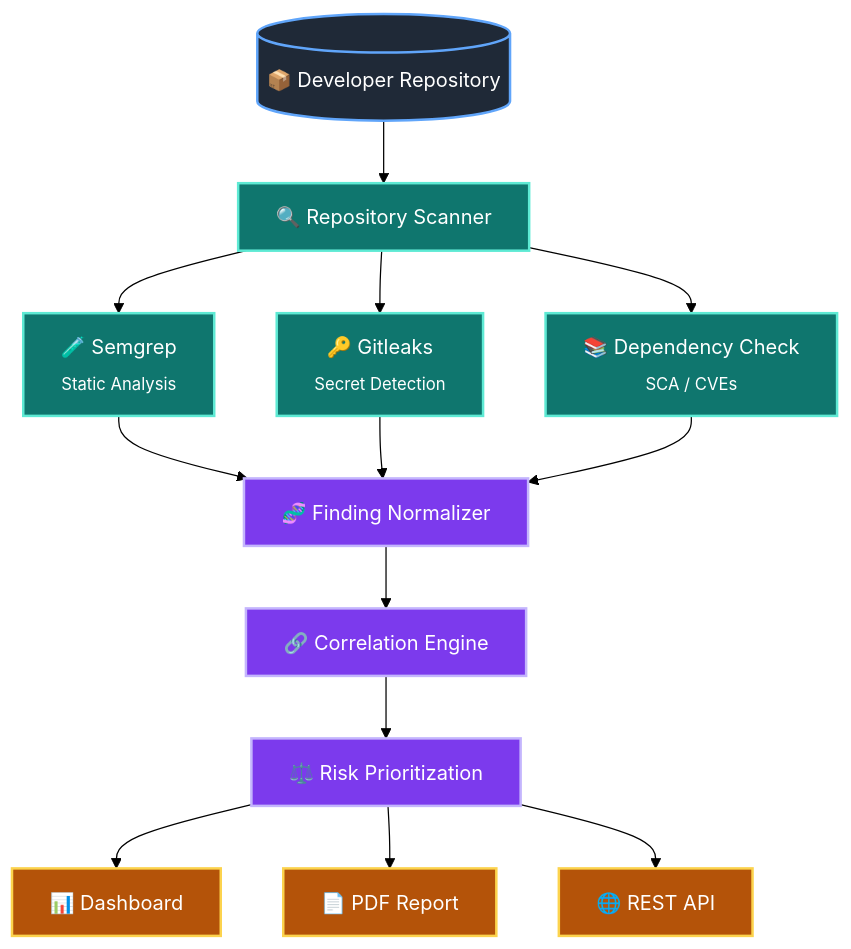
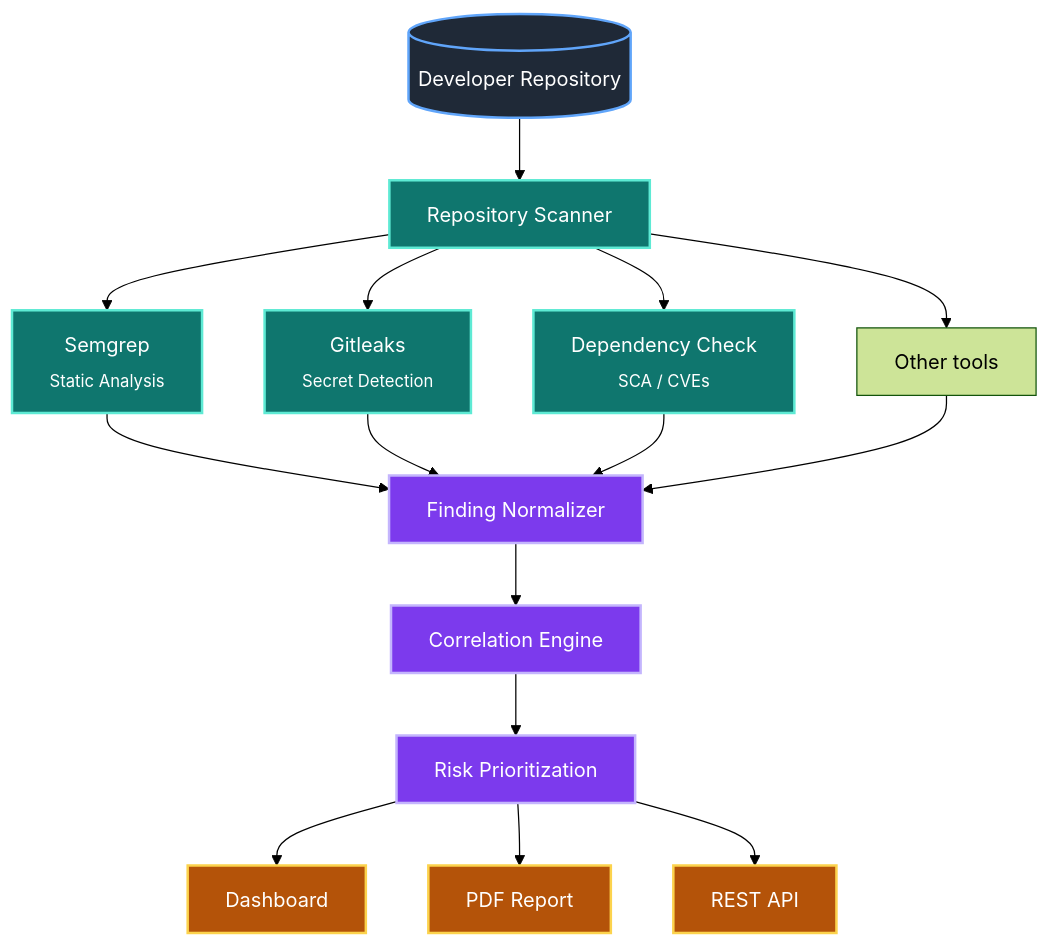
One commit to melodic-n/Automated-Application-Security-Pipeline changed the diagram in README.md. Above: the diagram before and after it, drawn with Mermaid (forest theme).

Commit message:
Fix formatting and update architecture diagram

````diff
--- a/README.md
+++ b/README.md
@@ -10,29 +10,31 @@
 ```mermaid
 flowchart TD
-    A[("📦 Developer Repository")] --> B["🔍 Repository Scanner"]
+    A[(" Developer Repository")] --> B[" Repository Scanner"]
  
-    B --> C1["🧪 Semgrep<br/><sub>Static Analysis</sub>"]
-    B --> C2["🔑 Gitleaks<br/><sub>Secret Detection</sub>"]
-    B --> C3["📚 Dependency Check<br/><sub>SCA / CVEs</sub>"]
- 
-    C1 --> D["🧬 Finding Normalizer"]
+    B --> C1[" Semgrep<br/><sub>Static Analysis</sub>"]
+    B --> C2[" Gitleaks<br/><sub>Secret Detection</sub>"]
+    B --> C3[" Dependency Check<br/><sub>SCA / CVEs</sub>"]
+    B --> C4[" Other tools"]
+
+    C1 --> D[" Finding Normalizer"]
     C2 --> D
     C3 --> D
+    C4 --> D
+
+    D --> E[" Correlation Engine"]
+    E --> F[" Risk Prioritization"]
  
-    D --> E["🔗 Correlation Engine"]
-    E --> F["⚖️ Risk Prioritization"]
- 
-    F --> G1["📊 Dashboard"]
-    F --> G2["📄 PDF Report"]
-    F --> G3["🌐 REST API"]
+    F --> G1[" Dashboard"]
+    F --> G2[" PDF Report"]
+    F --> G3[" REST API"]
  
     classDef source fill:#1f2937,stroke:#60a5fa,stroke-width:2px,color:#fff
  classDef scanner fill:#0f766e,stroke:#5eead4,stroke-width:2px,color:#fff
     classDef process fill:#7c3aed,stroke:#c4b5fd,stroke-width:2px,color:#fff
     classDef output fill:#b45309,stroke:#fcd34d,stroke-width:2px,color:#fff
  
     class A source
     class B,C1,C2,C3 scanner
     class D,E,F process
     class G1,G2,G3 output
 ```
````
